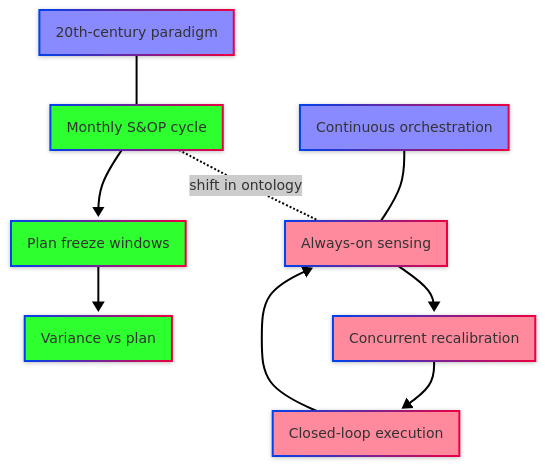
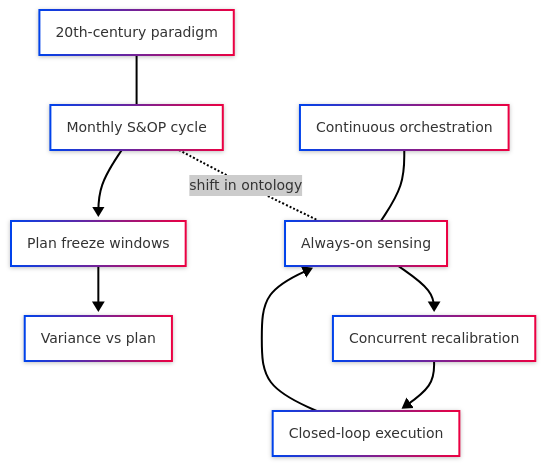
Before and after one commit to antomon/antomon.github.io: the first of 8 diagrams in posts/from-planning-to-orchestration-reimagining-enterprise-beyond-S&OP/index.qmd, drawn with Mermaid. The commit also changed 4 other files, not shown here.

````diff
--- a/posts/from-planning-to-orchestration-reimagining-enterprise-beyond-S&OP/index.qmd
+++ b/posts/from-planning-to-orchestration-reimagining-enterprise-beyond-S&OP/index.qmd
@@ -50,34 +50,29 @@
 ```{mermaid}
 %%| label: s&op-to-orchestration
 %%| fig-cap: From periodic S&OP to continuous orchestration
 %%| fig-alt: Comparison of calendar-bound planning vs continuous, signal-driven orchestration
 %%| fig-align: "center"
 %%{init: {"theme": "neo", "look": "neo"}}%%
 
 flowchart TD
-  %% Classes
-  classDef header fill:#8A8AFF;
-  classDef classic fill:#2EFF2E;
-  classDef modern fill:#FF8A9D;
-
   %% Headers
-  H1["20th-century paradigm"]:::header
-  H2["Continuous orchestration"]:::header
+  H1["20th-century paradigm"]
+  H2["Continuous orchestration"]
 
   %% Left column (classic)
-  A1["Monthly S&OP cycle"]:::classic
-  A2["Plan freeze windows"]:::classic
-  A3["Variance vs plan"]:::classic
+  A1["Monthly S&OP cycle"]
+  A2["Plan freeze windows"]
+  A3["Variance vs plan"]
 
   %% Right column (modern)
-  B1["Always-on sensing"]:::modern
-  B2["Concurrent recalibration"]:::modern
-  B3["Closed-loop execution"]:::modern
+  B1["Always-on sensing"]
+  B2["Concurrent recalibration"]
+  B3["Closed-loop execution"]
 
   %% Keep columns aligned using invisible links
   H1 --- A1 --> A2 --> A3
   H2 --- B1 --> B2 --> B3 --> B1
 
   %% Bridge (dotted, labelled)
   A1 -. "shift in ontology" .- B1
 ```
````
